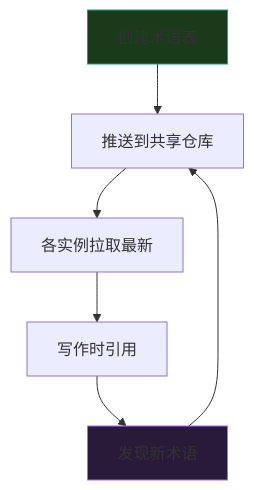
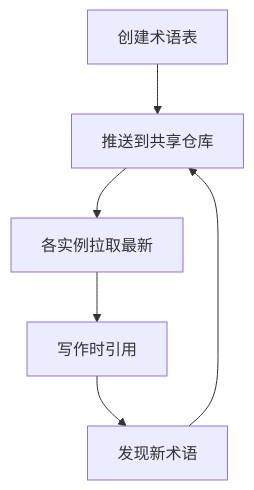
One commit to yiweinanzi/ai-research-ebook changed the third of 3 diagrams in src/content/docs/writing/collaboration.mdx. Above: the diagram before and after it, drawn with Mermaid. The commit also changed other lines of this file and 8 other files, not shown here.

First line of the commit message:
feat: enhance homepage and diagram scripts

````diff
--- a/src/content/docs/writing/collaboration.mdx
+++ b/src/content/docs/writing/collaboration.mdx
@@ -148,11 +142,9 @@
 ```mermaid
 flowchart TD
     A[创建术语表] --> B[推送到共享仓库]
     B --> C[各实例拉取最新]
     C --> D[写作时引用]
     D --> E[发现新术语]
     E --> B
 
-    style A fill:#1a3a1a,stroke:#10a37f
-    style E fill:#2a1a3a,stroke:#ab68ff
 ```
````
